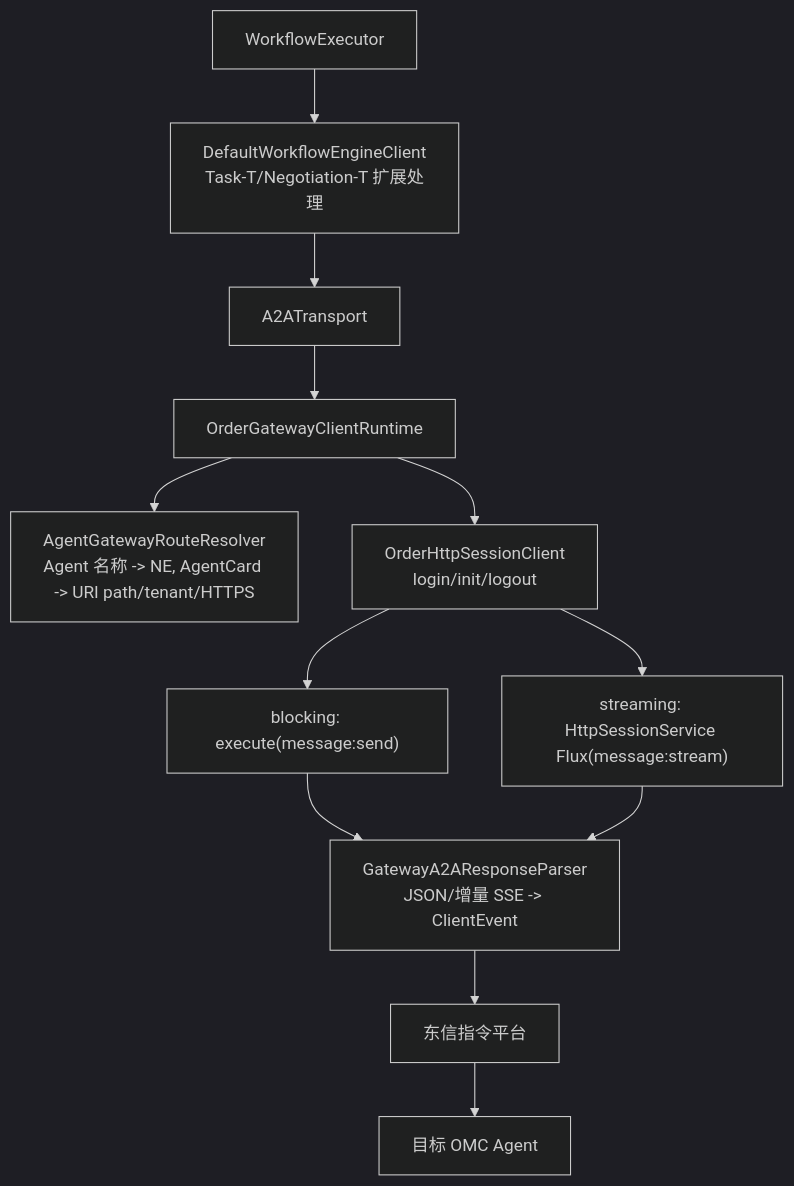
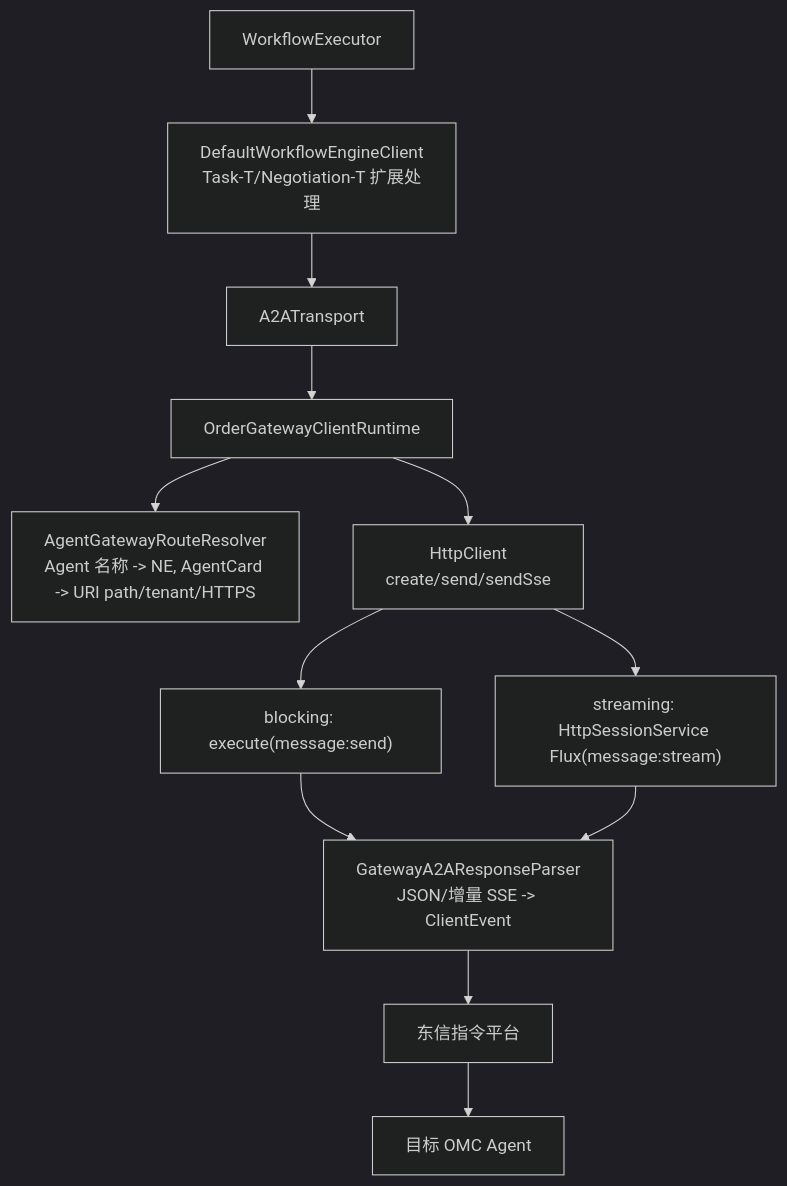
One commit to Zhoujie628/workflow-engine-sdk-java changed the diagram in docs/zh/指令平台适配指南.md. Above: the diagram before and after it, drawn with Mermaid (dark theme). The commit also changed other lines of this file and 12 other files, not shown here.

````diff
--- a/docs/zh/指令平台适配指南.md
+++ b/docs/zh/指令平台适配指南.md
@@ -7,23 +7,23 @@
 ```mermaid
 graph TD
     WE["WorkflowExecutor"]
     DWEC["DefaultWorkflowEngineClient<br/>Task-T/Negotiation-T 扩展处理"]
     AT["A2ATransport"]
     OGCR["OrderGatewayClientRuntime"]
     AGRR["AgentGatewayRouteResolver<br/>Agent 名称 -> NE, AgentCard -> URI path/tenant/HTTPS"]
-    OHSC["OrderHttpSessionClient<br/>login/init/logout"]
+    OHSC["HttpClient<br/>create/send/sendSse"]
     BLOCK["blocking: execute(message:send)"]
     STREAM["streaming: HttpSessionService Flux(message:stream)"]
     GARP["GatewayA2AResponseParser<br/>JSON/增量 SSE -> ClientEvent"]
     PLATFORM["东信指令平台"]
     OMC["目标 OMC Agent"]
 
     WE --> DWEC --> AT --> OGCR
     OGCR --> AGRR
     OGCR --> OHSC
     OHSC --> BLOCK
     OHSC --> STREAM
     BLOCK --> GARP
     STREAM --> GARP
     GARP --> PLATFORM --> OMC
 ```
````
